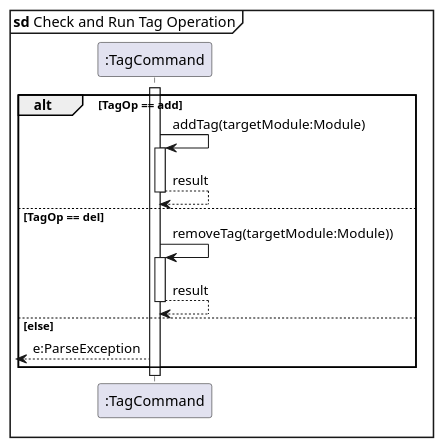
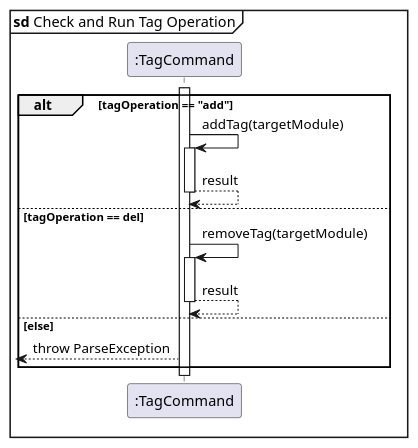
Before and after one commit to nus-cs2113-AY2122S2/tp: the diagram in docs/TagSeqDiagram/CheckAndRunTagOperation.puml, drawn with PlantUML. The commit also changed 7 other files, not shown here.

Commit message:
Fix GPACommand bug, update UML diagrams

```diff
--- a/docs/TagSeqDiagram/CheckAndRunTagOperation.puml
+++ b/docs/TagSeqDiagram/CheckAndRunTagOperation.puml
@@ -1,26 +1,26 @@
 @startuml
 'https://plantuml.com/sequence-diagram
 
 skinparam shadowing false
 participant ":TagCommand" as TagCommand
 
 mainframe **sd** Check and Run Tag Operation
 
 activate TagCommand
 
-alt TagOp == add
-TagCommand -> TagCommand:addTag(targetModule:Module)
+alt tagOperation == "add"
+TagCommand -> TagCommand:addTag(targetModule)
 activate TagCommand
 return result
 
-else TagOp == del
-TagCommand -> TagCommand:removeTag(targetModule:Module))
+else tagOperation == del
+TagCommand -> TagCommand:removeTag(targetModule)
 activate TagCommand
 return result
 
 else else
-[<-- TagCommand:e:ParseException
+[<-- TagCommand: throw ParseException
 
 end
 
 @enduml
```
